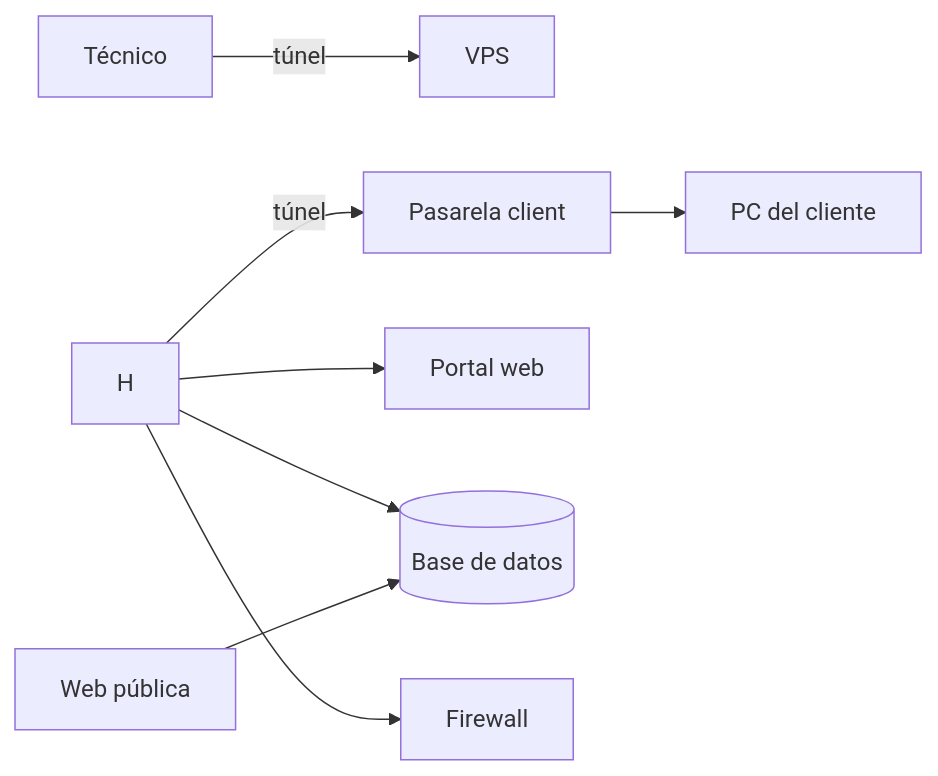
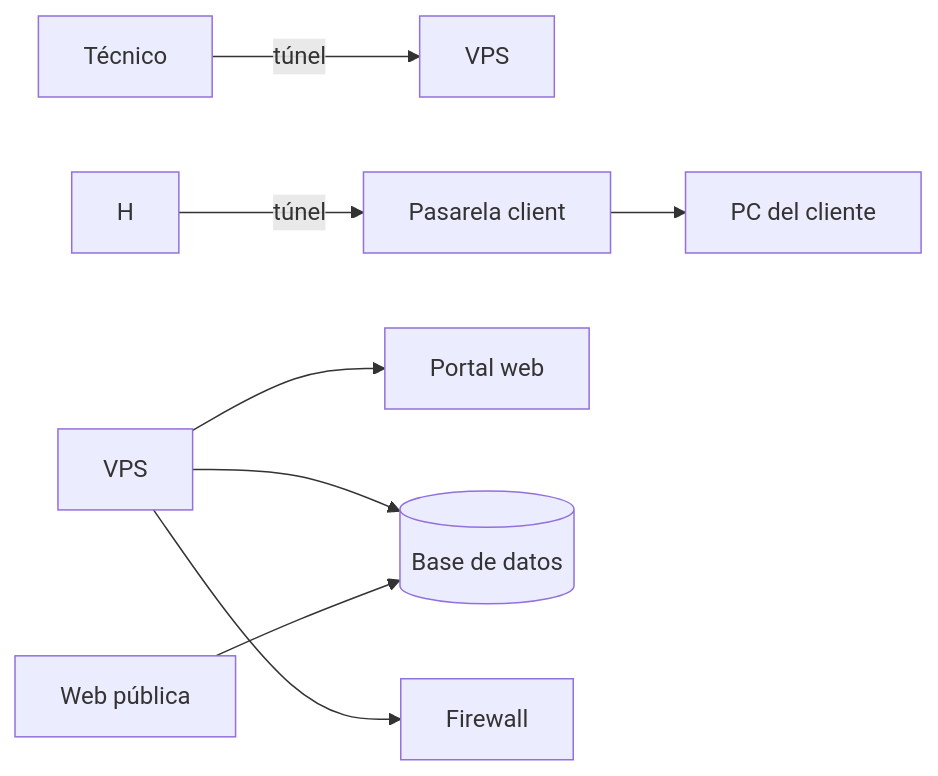
One commit to Afix-MAB/RBridge changed the second of 2 diagrams in esborrany.md. Above: the diagram before and after it, drawn with Mermaid.

Commit message:
Modding Graph

````diff
--- a/esborrany.md
+++ b/esborrany.md
@@ -48,12 +48,12 @@
 ```mermaid
 flowchart LR
     T[Técnico] -->|túnel| V[VPS]
     H -->|túnel| P[Pasarela client]
     P --> PC[PC del cliente]
 
-    H --> Portal[Portal web]
-    H --> DB[(Base de datos)]
-    H --> FW[Firewall]
+    VPS --> Portal[Portal web]
+    VPS --> DB[(Base de datos)]
+    VPS --> FW[Firewall]
 
     WPub[Web pública] --> DB
 ```
````
